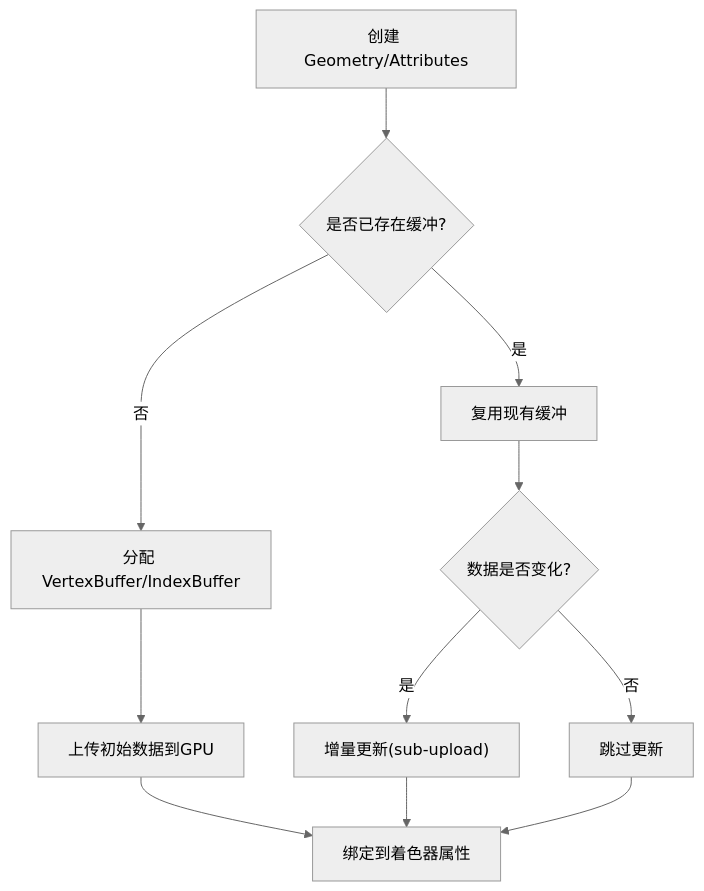
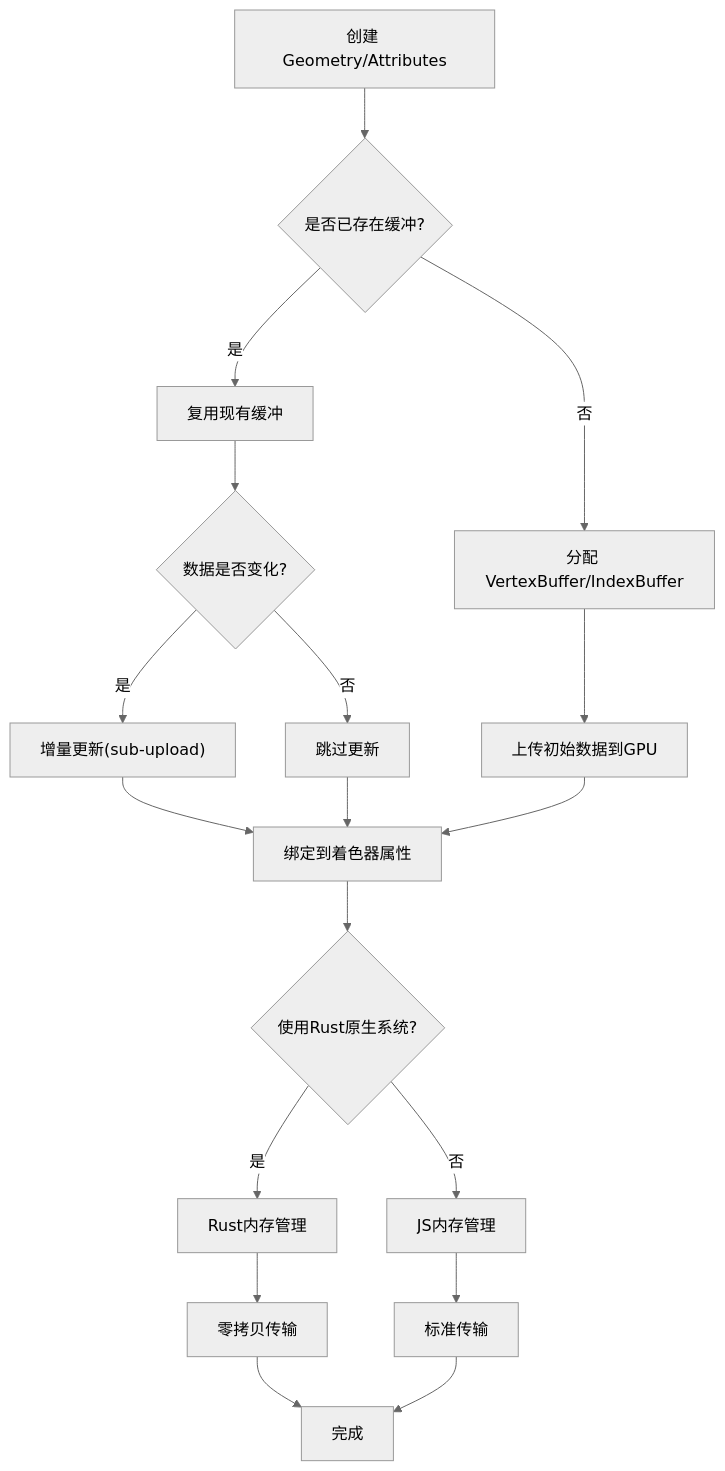
Before and after one commit to rzhangjing/cesium: the sixth of 10 diagrams in .qoder/repowiki/zh/content/实体和几何体/原始图形渲染.md, drawn with Mermaid (neutral theme). The commit also changed other lines of this file and 60 other files, not shown here.

````diff
--- a/.qoder/repowiki/zh/content/实体和几何体/原始图形渲染.md
+++ b/.qoder/repowiki/zh/content/实体和几何体/原始图形渲染.md
@@ -303,13 +365,20 @@
 ```mermaid
 flowchart TD
 A["创建 Geometry/Attributes"] --> B{"是否已存在缓冲?"}
 B --> |否| C["分配 VertexBuffer/IndexBuffer"]
 B --> |是| D["复用现有缓冲"]
 C --> E["上传初始数据到GPU"]
 D --> F{"数据是否变化?"}
 F --> |是| G["增量更新(sub-upload)"]
 F --> |否| H["跳过更新"]
-E --> I["绑定到着色器属性"]
-G --> I
+G --> I["绑定到着色器属性"]
 H --> I
+E --> I
+I --> J{"使用Rust原生系统?"}
+J --> |是| K["Rust内存管理"]
+J --> |否| L["JS内存管理"]
+K --> M["零拷贝传输"]
+L --> N["标准传输"]
+M --> O["完成"]
+N --> O
 ```
````
